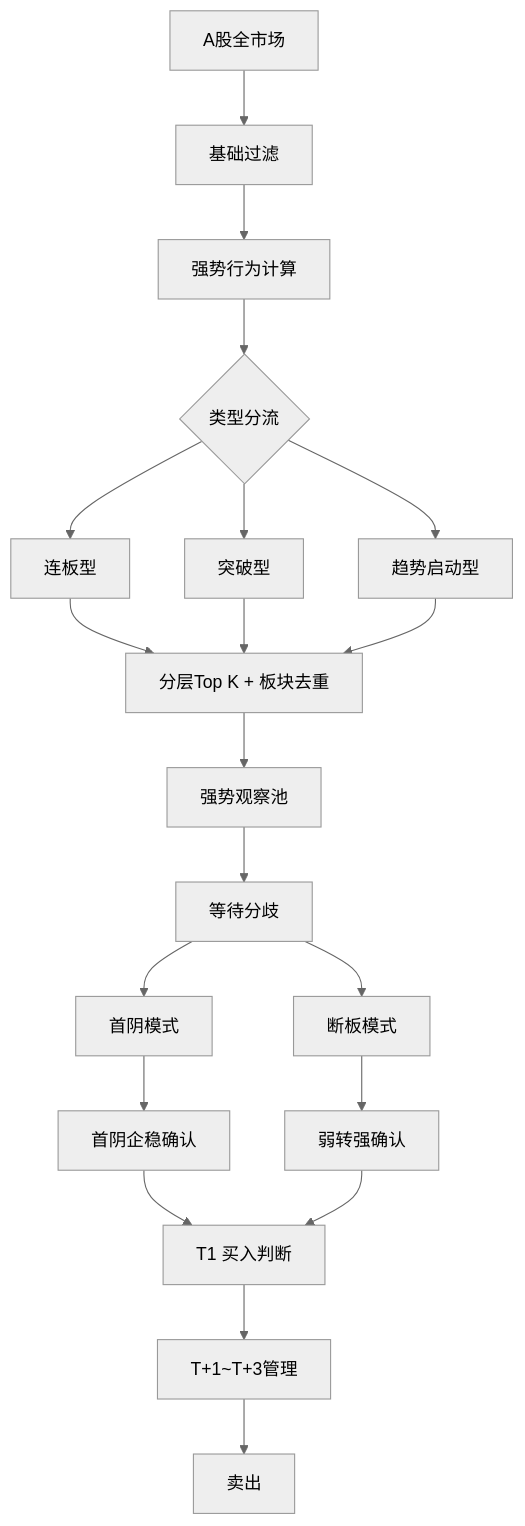
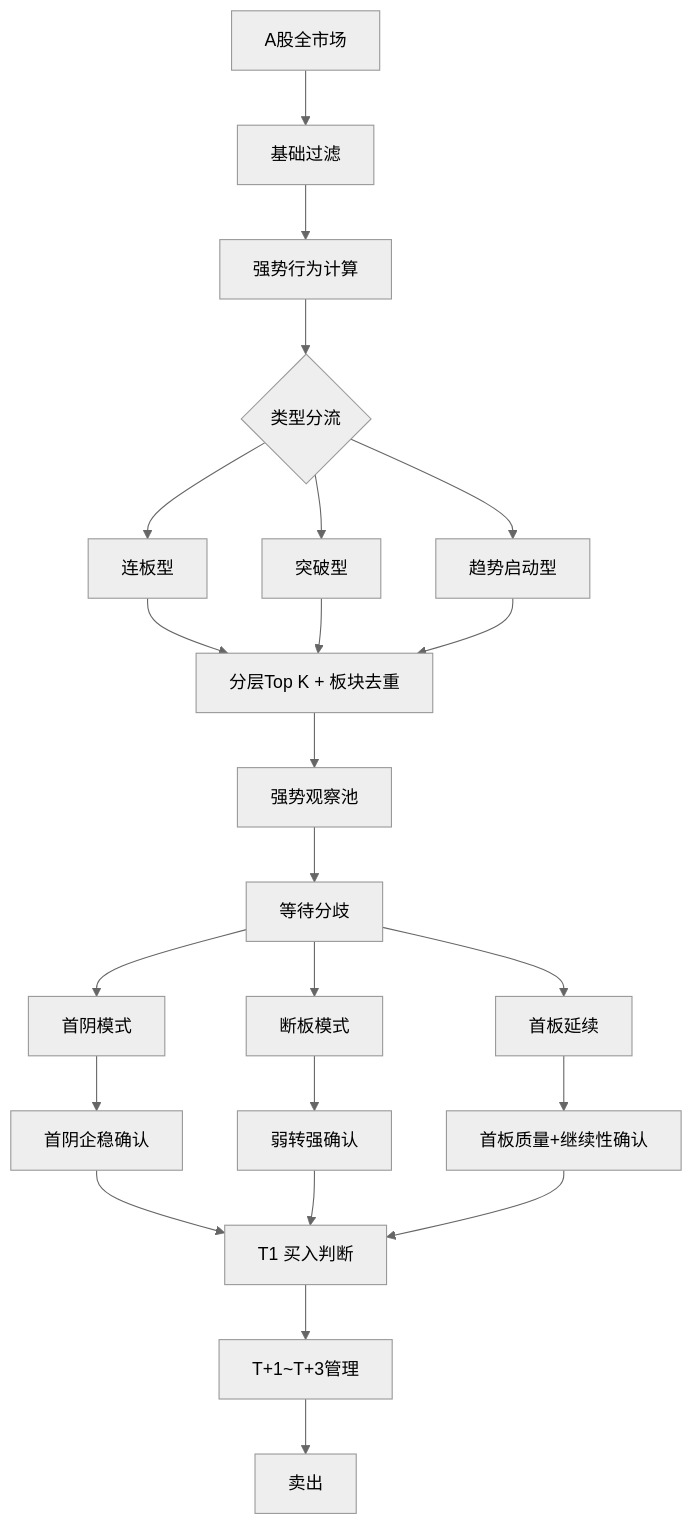
The diagram in contest_trade_refactor/README.md (BelieveInBehavior/ai-trading), drawn with Mermaid (neutral theme) before and after one commit. The commit also changed 6 other files, not shown here.

````diff
--- a/contest_trade_refactor/README.md
+++ b/contest_trade_refactor/README.md
@@ -245,22 +245,25 @@
 ```mermaid
 flowchart TD
     A[A股全市场] --> B[基础过滤]
     B --> C[强势行为计算]
     C --> D{类型分流}
     D --> D1[连板型]
     D --> D2[突破型]
     D --> D3[趋势启动型]
     D1 --> P[分层Top K + 板块去重]
     D2 --> P
     D3 --> P
     P --> W[强势观察池]
     W --> E[等待分歧]
     E --> F1[首阴模式]
     E --> F2[断板模式]
+    E --> FB[首板延续]
     F1 --> G1[首阴企稳确认]
     F2 --> G2[弱转强确认]
+    FB --> G3[首板质量+继续性确认]
     G1 --> H[T1 买入判断]
     G2 --> H
+    G3 --> H
     H --> I[T+1~T+3管理]
     I --> J[卖出]
 ```
````
